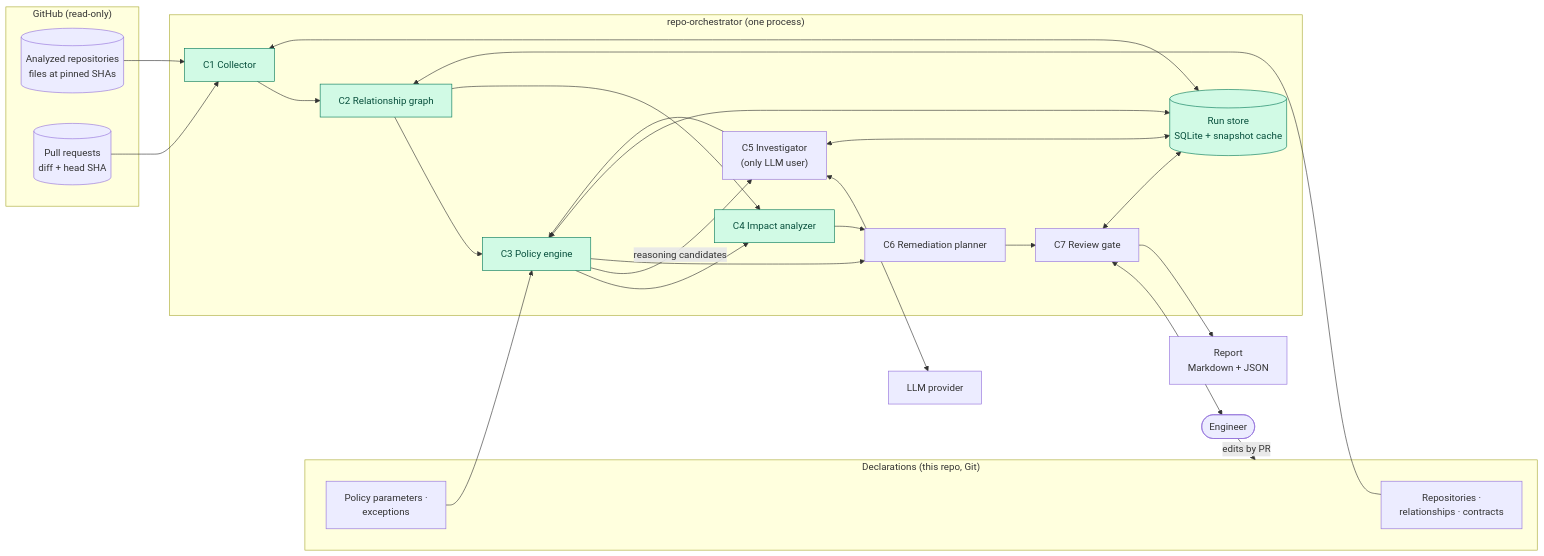
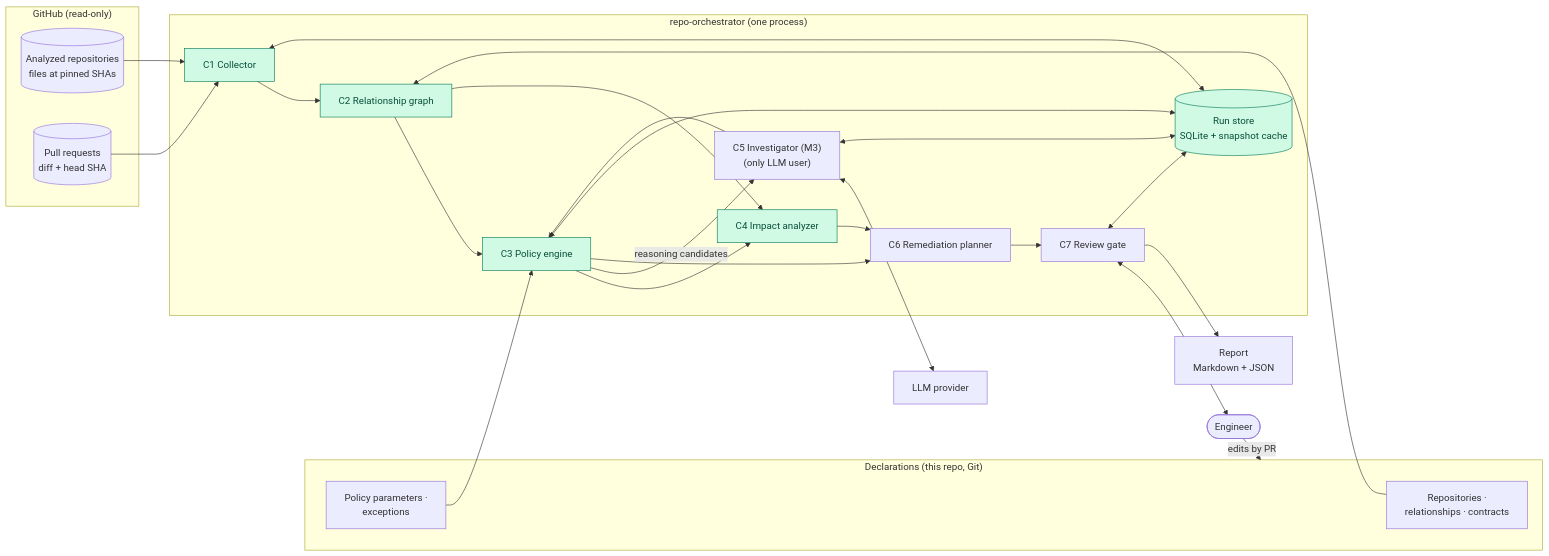
Before and after one commit to koydas/repo-orchestrator: the diagram in docs/architecture.md, drawn with Mermaid. The commit also changed other lines of this file and 59 other files, not shown here.

````diff
--- a/docs/architecture.md
+++ b/docs/architecture.md
@@ -9,48 +9,48 @@
 ```mermaid
 flowchart LR
     subgraph gh["GitHub (read-only)"]
         repos[("Analyzed repositories<br/>files at pinned SHAs")]
         prs[("Pull requests<br/>diff + head SHA")]
     end
 
     subgraph decl["Declarations (this repo, Git)"]
         rel["Repositories ·<br/>relationships · contracts"]
         pol["Policy parameters ·<br/>exceptions"]
     end
 
     subgraph ro["repo-orchestrator (one process)"]
         col["C1 Collector"]
         grf["C2 Relationship graph"]
         eng["C3 Policy engine"]
         imp["C4 Impact analyzer"]
-        inv["C5 Investigator<br/>(only LLM user)"]
+        inv["C5 Investigator (M3)<br/>(only LLM user)"]
         plan["C6 Remediation planner"]
         gate["C7 Review gate"]
         store[("Run store<br/>SQLite + snapshot cache")]
     end
 
     llm["LLM provider"]
     human(["Engineer"])
     out["Report<br/>Markdown + JSON"]
 
     repos --> col
     prs --> col
     rel --> grf
     pol --> eng
     col --> grf --> eng
     grf --> imp
     eng --> imp
     eng -- "reasoning candidates" --> inv
     inv <--> llm
     inv --> eng
     imp --> plan
     eng --> plan
     plan --> gate
     gate <--> human
     gate --> out
     col & eng & inv & gate <--> store
     human -- "edits by PR" --> decl
 
     classDef m1 fill:#d1fae5,stroke:#047857,color:#064e3b
     class col,grf,eng,imp,store m1
 ```
````
